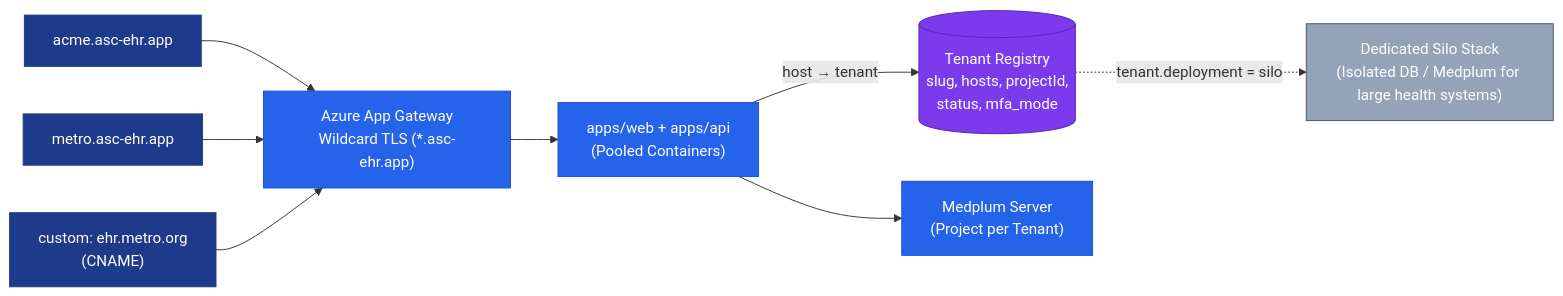
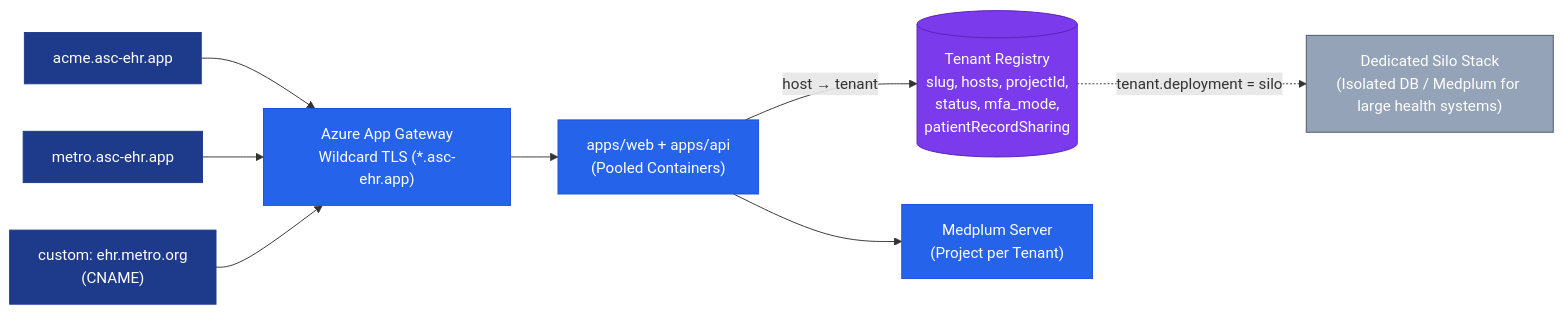
Before and after one commit to imRahul05/ASC-EHR: the second of 4 diagrams in docs/product/future-multi-tenancy-architecture.md, drawn with Mermaid. The commit also changed other lines of this file and 5 other files, not shown here.

Commit message:
docs: IAM notes, architecture docs and runbooks follow decisions #57 and #59

````diff
--- a/docs/product/future-multi-tenancy-architecture.md
+++ b/docs/product/future-multi-tenancy-architecture.md
@@ -75,25 +75,25 @@
 ```mermaid
 flowchart LR
     classDef req fill:#1e3a8a,color:#fff,stroke:#1e3a8a
     classDef ours fill:#2563eb,color:#fff,stroke:#1d4ed8
     classDef reg fill:#7c3aed,color:#fff,stroke:#5b21b6
     classDef silo fill:#94a3b8,color:#fff,stroke:#475569
 
     A["acme.asc-ehr.app"]:::req
     B["metro.asc-ehr.app"]:::req
     C["custom: ehr.metro.org<br/>(CNAME)"]:::req
 
     Edge["Azure App Gateway<br/>Wildcard TLS (*.asc-ehr.app)"]:::ours
     Web["apps/web + apps/api<br/>(Pooled Containers)"]:::ours
-    Reg[("Tenant Registry<br/>slug, hosts, projectId,<br/>status, mfa_mode")]:::reg
+    Reg[("Tenant Registry<br/>slug, hosts, projectId,<br/>status, mfa_mode,<br/>patientRecordSharing")]:::reg
     MP["Medplum Server<br/>(Project per Tenant)"]:::ours
     Silo["Dedicated Silo Stack<br/>(Isolated DB / Medplum for large health systems)"]:::silo
 
     A --> Edge
     B --> Edge
     C --> Edge
     Edge --> Web
     Web -->|"host → tenant"| Reg
     Web --> MP
     Reg -.->|"tenant.deployment = silo"| Silo
 ```
````
